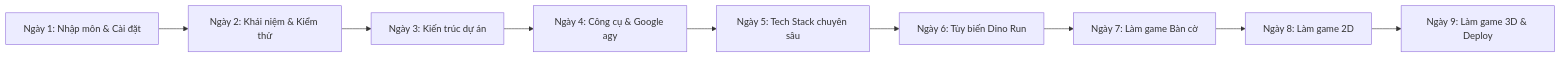
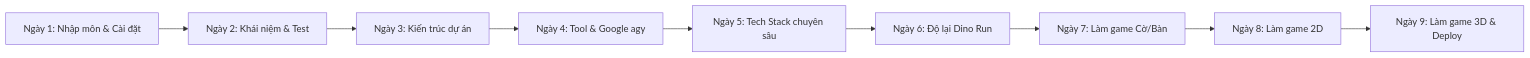
Before and after one commit to vuhung16au/gemini-games: the diagram in courses/README.vi.md, drawn with Mermaid. The commit also changed other lines of this file and 29 other files, not shown here.

````diff
--- a/courses/README.vi.md
+++ b/courses/README.vi.md
@@ -59,11 +59,11 @@
 ```mermaid
 flowchart LR
-  D1["Ngày 1: Nhập môn & Cài đặt"] --> D2["Ngày 2: Khái niệm & Kiểm thử"]
+  D1["Ngày 1: Nhập môn & Cài đặt"] --> D2["Ngày 2: Khái niệm & Test"]
   D2 --> D3["Ngày 3: Kiến trúc dự án"]
-  D3 --> D4["Ngày 4: Công cụ & Google agy"]
+  D3 --> D4["Ngày 4: Tool & Google agy"]
   D4 --> D5["Ngày 5: Tech Stack chuyên sâu"]
-  D5 --> D6["Ngày 6: Tùy biến Dino Run"]
-  D6 --> D7["Ngày 7: Làm game Bàn cờ"]
+  D5 --> D6["Ngày 6: Độ lại Dino Run"]
+  D6 --> D7["Ngày 7: Làm game Cờ/Bàn"]
   D7 --> D8["Ngày 8: Làm game 2D"]
   D8 --> D9["Ngày 9: Làm game 3D & Deploy"]
 ```
````
